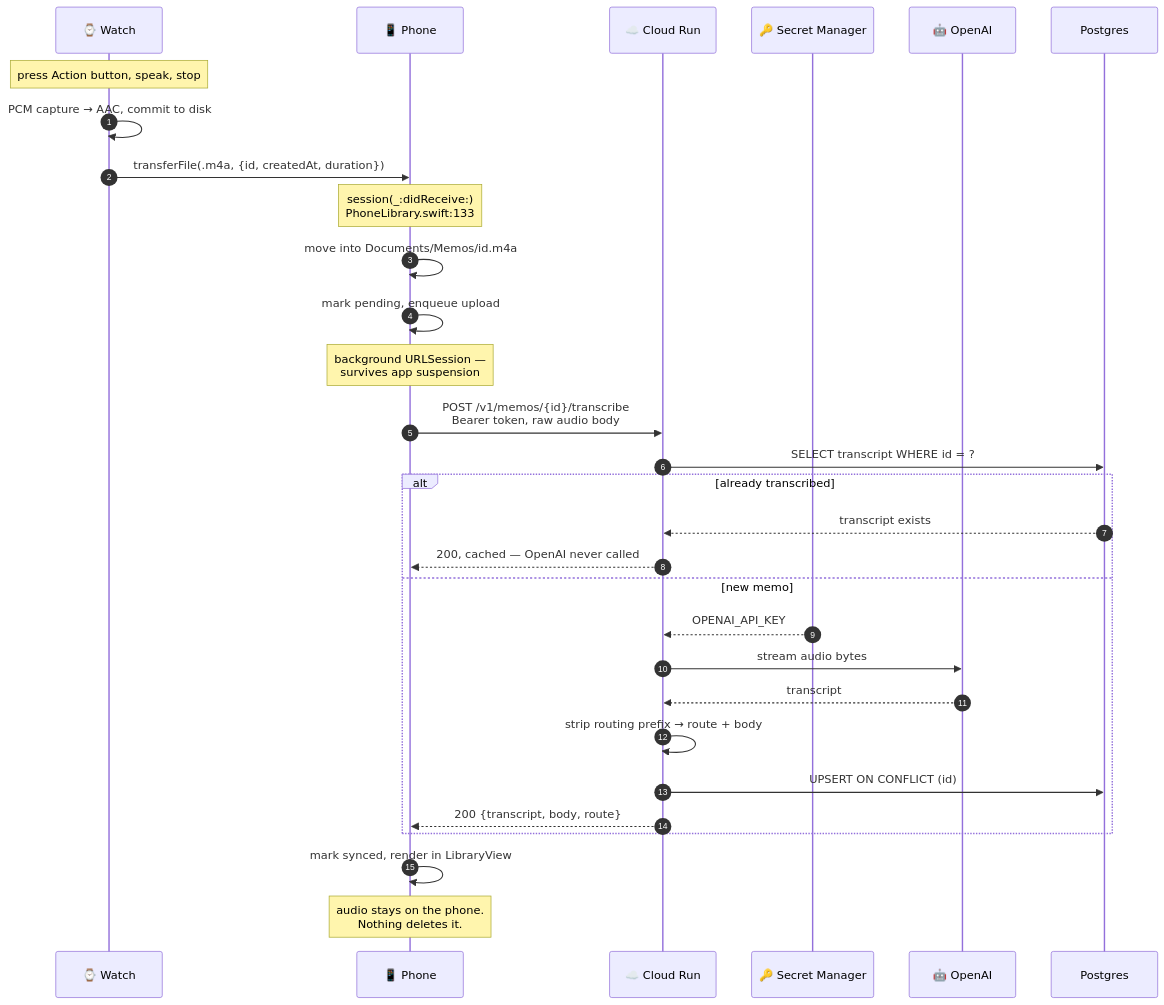
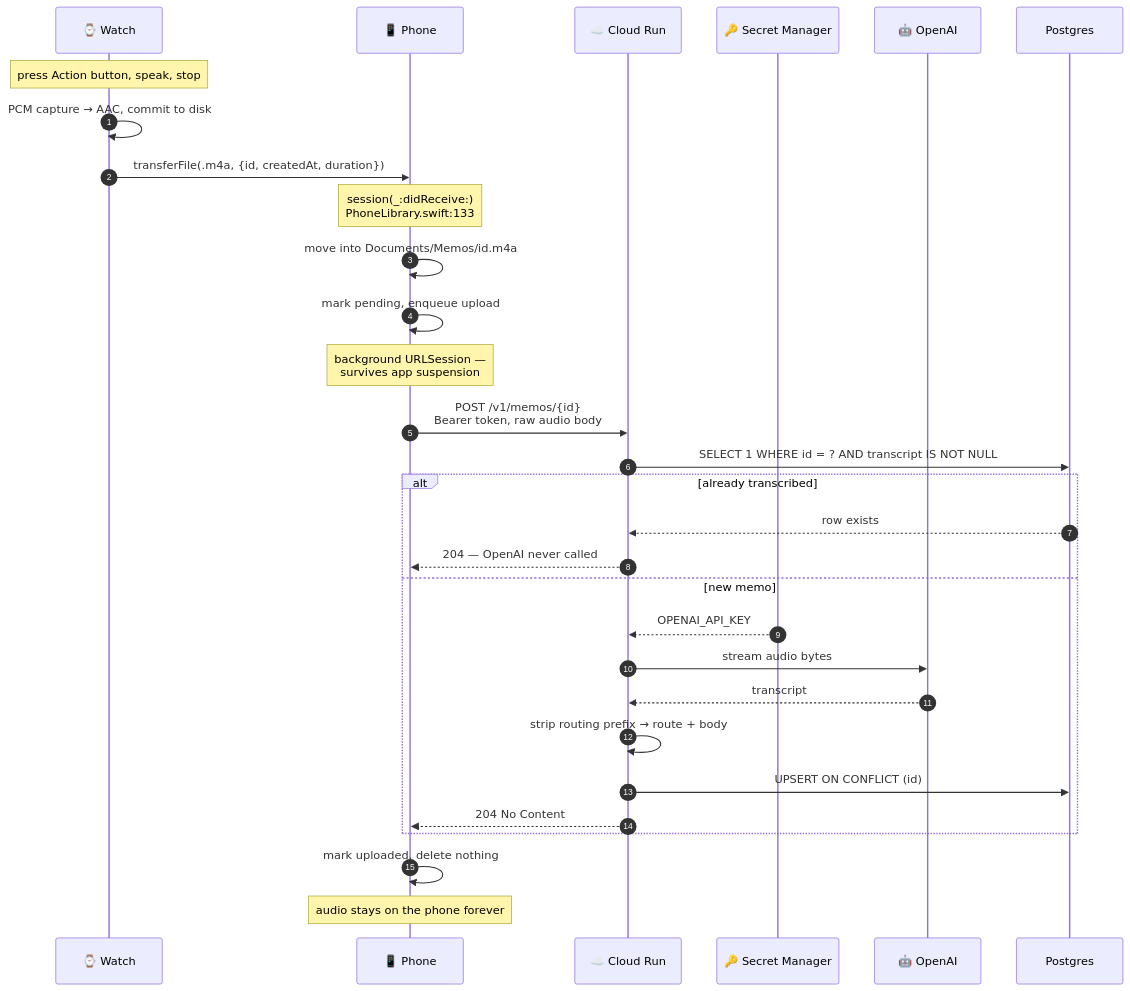
The fourth of 7 diagrams in BACKEND_ARCHITECTURE.md (FrankLong1/watch-recorder), drawn with Mermaid before and after one commit. The commit also changed other lines of this file and 31 other files, not shown here.

````diff
--- a/BACKEND_ARCHITECTURE.md
+++ b/BACKEND_ARCHITECTURE.md
@@ -110,37 +163,37 @@
 ```mermaid
 sequenceDiagram
     autonumber
     participant W as ⌚️ Watch
     participant P as 📱 Phone
     participant CR as ☁️ Cloud Run
     participant SM as 🔑 Secret Manager
     participant AI as 🤖 OpenAI
     participant DB as Postgres
 
     Note over W: press Action button, speak, stop
     W->>W: PCM capture → AAC, commit to disk
     W->>P: transferFile(.m4a, {id, createdAt, duration})
 
     Note over P: session(_:didReceive:)<br/>PhoneLibrary.swift:133
     P->>P: move into Documents/Memos/id.m4a
     P->>P: mark pending, enqueue upload
 
     Note over P: background URLSession —<br/>survives app suspension
-    P->>CR: POST /v1/memos/{id}/transcribe<br/>Bearer token, raw audio body
+    P->>CR: POST /v1/memos/{id}<br/>Bearer token, raw audio body
 
-    CR->>DB: SELECT transcript WHERE id = ?
+    CR->>DB: SELECT 1 WHERE id = ? AND transcript IS NOT NULL
     alt already transcribed
-        DB-->>CR: transcript exists
-        CR-->>P: 200, cached — OpenAI never called
+        DB-->>CR: row exists
+        CR-->>P: 204 — OpenAI never called
     else new memo
         SM-->>CR: OPENAI_API_KEY
         CR->>AI: stream audio bytes
         AI-->>CR: transcript
         CR->>CR: strip routing prefix → route + body
         CR->>DB: UPSERT ON CONFLICT (id)
-        CR-->>P: 200 {transcript, body, route}
+        CR-->>P: 204 No Content
     end
 
-    P->>P: mark synced, render in LibraryView
-    Note over P: audio stays on the phone.<br/>Nothing deletes it.
+    P->>P: mark uploaded, delete nothing
+    Note over P: audio stays on the phone forever
 ```
````
